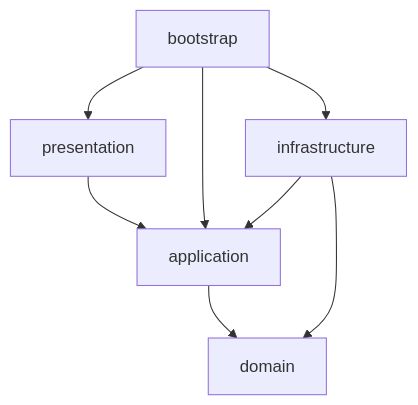
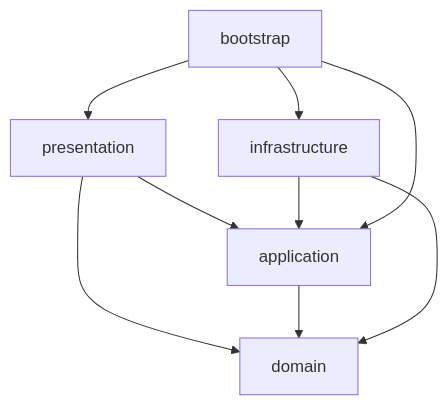
Before and after one commit to creatorjun/RAG: the third of 6 diagrams in docs/architecture.md, drawn with Mermaid. The commit also changed other lines of this file and 58 other files, not shown here.

````diff
--- a/docs/architecture.md
+++ b/docs/architecture.md
@@ -160,10 +176,11 @@
 ```mermaid
 flowchart TB
     P["presentation"] --> A["application"]
+    P --> D["domain"]
     I["infrastructure"] --> A
     A --> D["domain"]
     I --> D
     B["bootstrap"] --> P
     B --> A
     B --> I
 ```
````
